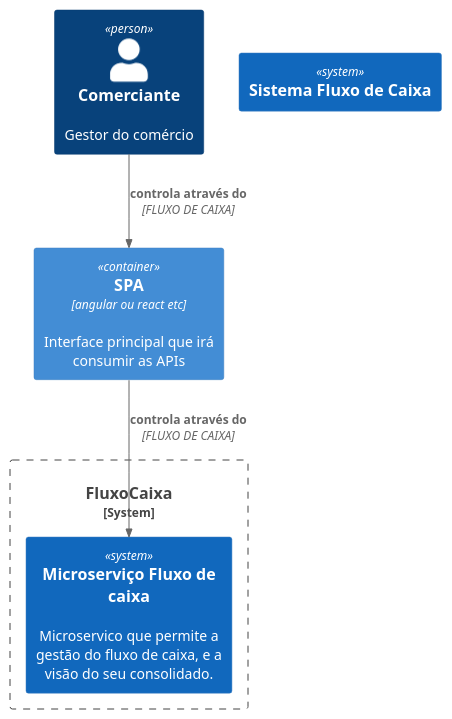
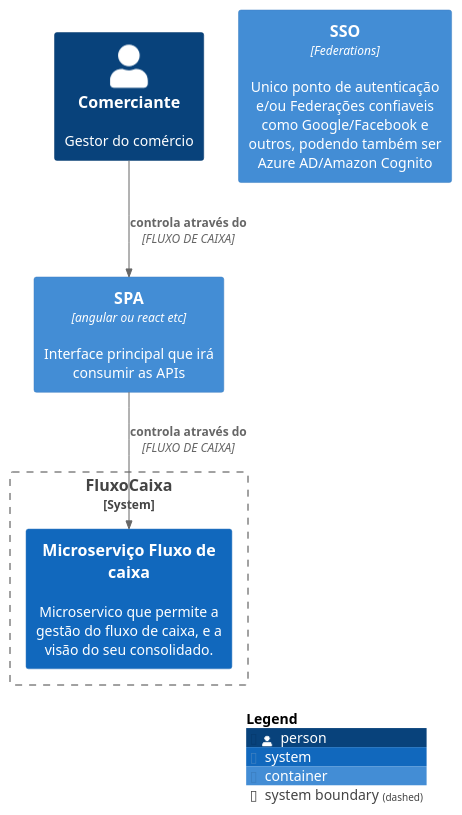
One commit to mjguerrap/fluxo-caixa changed the diagram in Documentacao/C4-FluxoCaixa-Context.puml. Above: the diagram before and after it, drawn with PlantUML. The commit also changed 1 other file, not shown here.

```diff
--- a/Documentacao/C4-FluxoCaixa-Context.puml
+++ b/Documentacao/C4-FluxoCaixa-Context.puml
@@ -1,13 +1,15 @@
 @startuml C4_Elements
     !include https://raw.githubusercontent.com/plantuml-stdlib/C4-PlantUML/master/C4_Container.puml
 
     Person(comerciante, "Comerciante", "Gestor do comércio")
     Container(spa_angular, "SPA", "angular ou react etc", "Interface principal que irá consumir as APIs")
+    Container(sso, "SSO", "Federations", "Unico ponto de autenticação e/ou Federações confiaveis como Google/Facebook e outros, podendo também ser Azure AD/Amazon Cognito ")
+    
     System_Boundary(web_api, "FluxoCaixa") {    
         System(microservico_fluxo_caixa, "Microserviço Fluxo de caixa", "Microservico que permite a gestão do fluxo de caixa, e a visão do seu consolidado.")
-    }
-    System(sistemaFluxoCaixa, "Sistema Fluxo de Caixa", "")
+    }   
 
     Rel(comerciante, spa_angular, "controla através do", "FLUXO DE CAIXA")
     Rel(spa_angular, microservico_fluxo_caixa, "controla através do", "FLUXO DE CAIXA")
+    SHOW_LEGEND()
 @enduml
```
